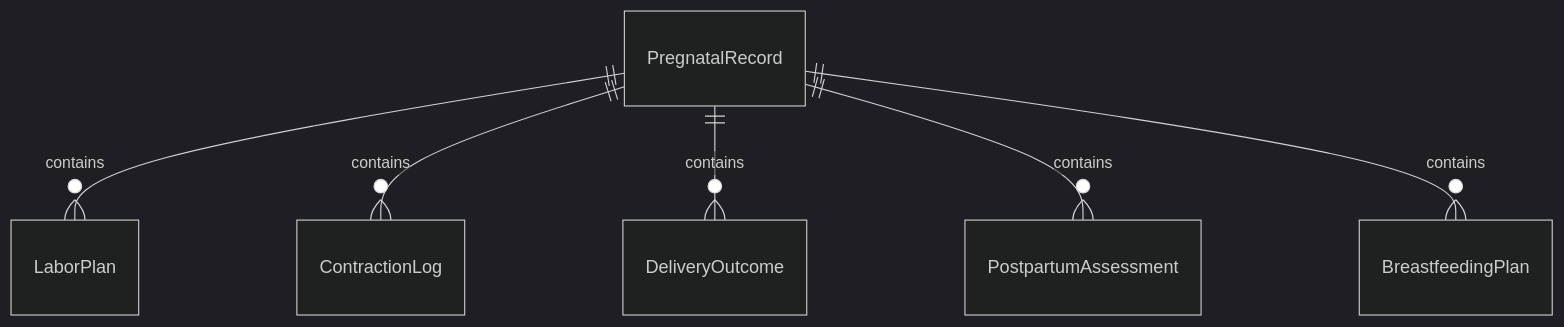
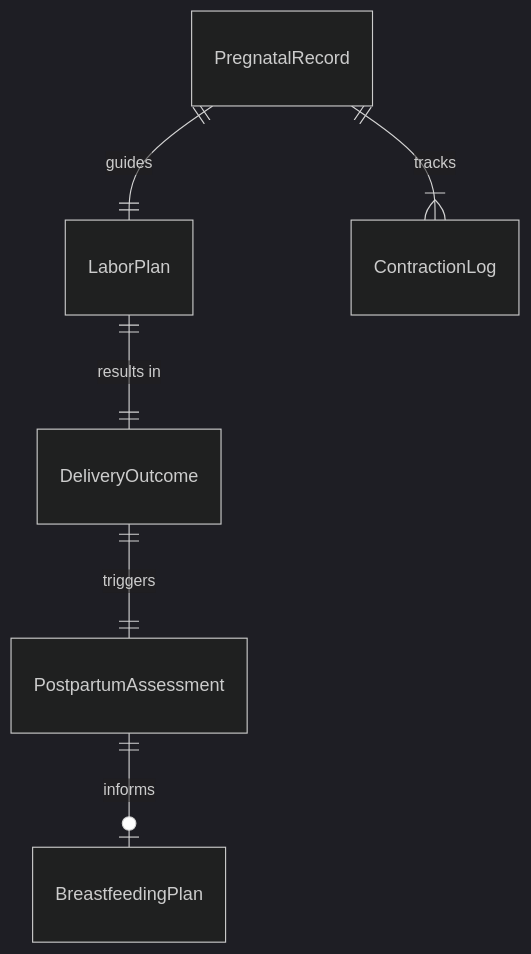
Before and after one commit to dot-org-ai/tasks.org.ai: the first of 4 diagrams in AssistingAndCaringForOthers/AdministerBasicHealthCareOrMedicalTreatments/CareWomenDuringPregnancyChildbirth.mdx, drawn with Mermaid (dark theme). The commit also changed other lines of this file and 32 other files, not shown here.

First line of the commit message:
fix: Improve ER and State diagrams in 32 AssistingAndCaringForOthers DWA files

````diff
--- a/AssistingAndCaringForOthers/AdministerBasicHealthCareOrMedicalTreatments/CareWomenDuringPregnancyChildbirth.mdx
+++ b/AssistingAndCaringForOthers/AdministerBasicHealthCareOrMedicalTreatments/CareWomenDuringPregnancyChildbirth.mdx
@@ -88,8 +88,8 @@
 ```mermaid
 erDiagram
-    PregnatalRecord ||--o{ LaborPlan : contains
-    PregnatalRecord ||--o{ ContractionLog : contains
-    PregnatalRecord ||--o{ DeliveryOutcome : contains
-    PregnatalRecord ||--o{ PostpartumAssessment : contains
-    PregnatalRecord ||--o{ BreastfeedingPlan : contains
+    PregnatalRecord ||--|| LaborPlan : guides
+    PregnatalRecord ||--|{ ContractionLog : tracks
+    LaborPlan ||--|| DeliveryOutcome : "results in"
+    DeliveryOutcome ||--|| PostpartumAssessment : triggers
+    PostpartumAssessment ||--o| BreastfeedingPlan : informs
 ```
````
